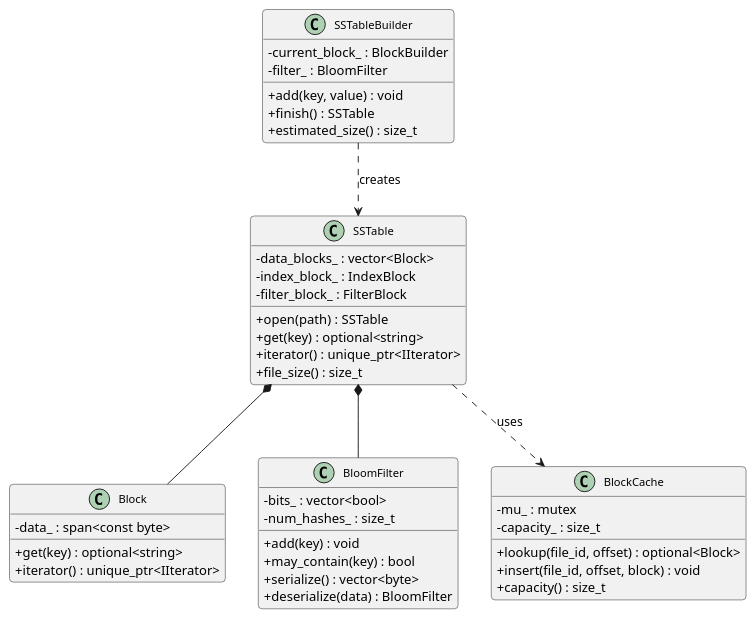
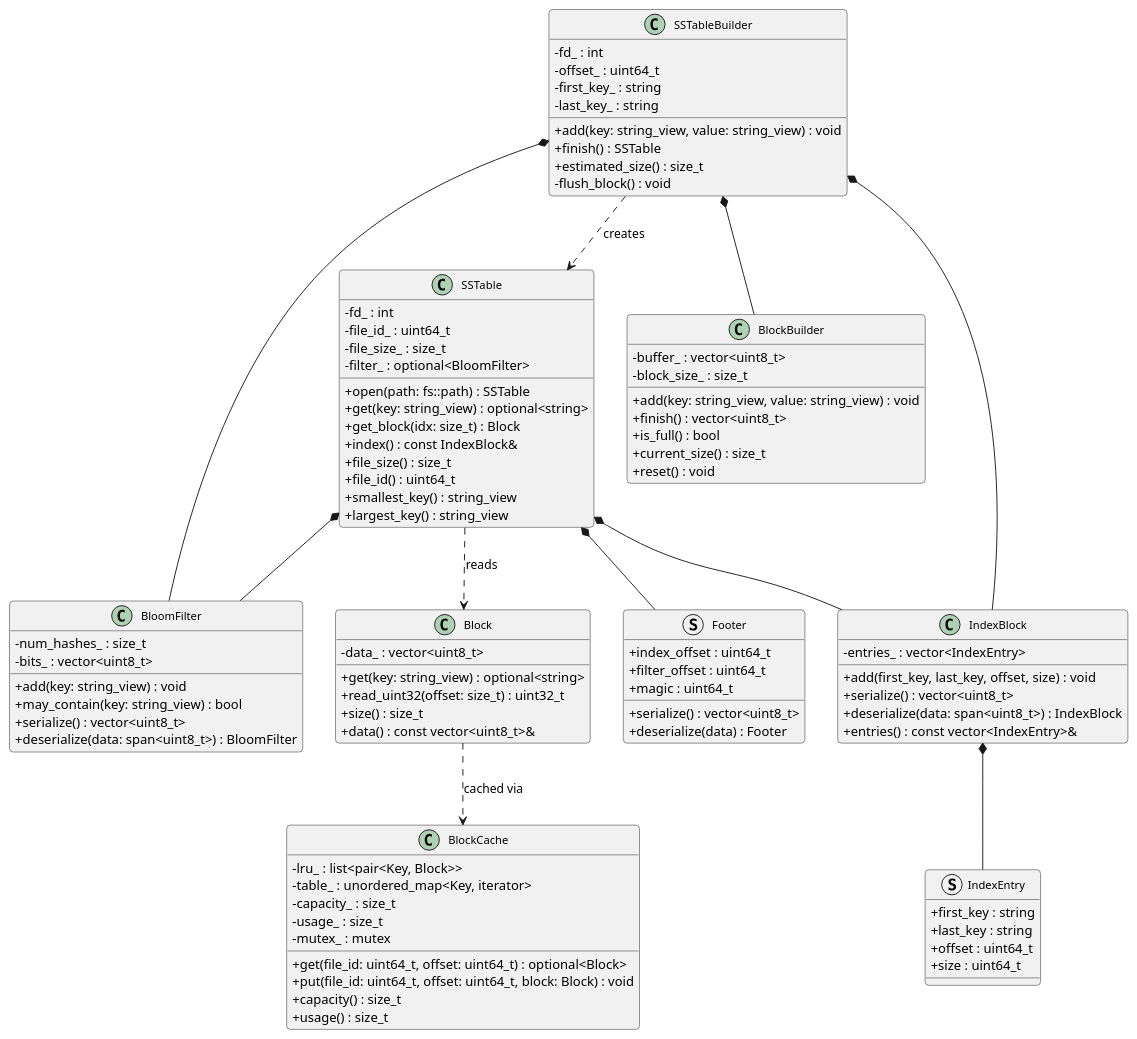
One commit to IulianBirladeanu07/lsm_tree changed the diagram in docs/lsm_02_sstable.puml. Above: the diagram before and after it, drawn with PlantUML. The commit also changed 3 other files, not shown here.

Commit message:
updated plantumls + the sw system arch + detail design

```diff
--- a/docs/lsm_02_sstable.puml
+++ b/docs/lsm_02_sstable.puml
@@ -1,53 +1,106 @@
 @startuml lsm_02_sstable
 skinparam classAttributeIconSize 0
 skinparam classFontSize 12
 skinparam roundCorner 8
 skinparam shadowing false
 
 class SSTable {
-  + open(path) : SSTable
-  + get(key) : optional<string>
-  + iterator() : unique_ptr<IIterator>
+  + open(path: fs::path) : SSTable
+  + get(key: string_view) : optional<string>
+  + get_block(idx: size_t) : Block
+  + index() : const IndexBlock&
   + file_size() : size_t
-  - data_blocks_ : vector<Block>
-  - index_block_ : IndexBlock
-  - filter_block_ : FilterBlock
+  + file_id() : uint64_t
+  + smallest_key() : string_view
+  + largest_key() : string_view
+  - fd_ : int
+  - file_id_ : uint64_t
+  - file_size_ : size_t
+  - filter_ : optional<BloomFilter>
 }
 
 class SSTableBuilder {
-  + add(key, value) : void
+  + add(key: string_view, value: string_view) : void
   + finish() : SSTable
   + estimated_size() : size_t
-  - current_block_ : BlockBuilder
-  - filter_ : BloomFilter
+  - flush_block() : void
+  - fd_ : int
+  - offset_ : uint64_t
+  - first_key_ : string
+  - last_key_ : string
 }
 
 class Block {
-  + get(key) : optional<string>
-  + iterator() : unique_ptr<IIterator>
-  - data_ : span<const byte>
+  + get(key: string_view) : optional<string>
+  + read_uint32(offset: size_t) : uint32_t
+  + size() : size_t
+  + data() : const vector<uint8_t>&
+  - data_ : vector<uint8_t>
+}
+
+class BlockBuilder {
+  + add(key: string_view, value: string_view) : void
+  + finish() : vector<uint8_t>
+  + is_full() : bool
+  + current_size() : size_t
+  + reset() : void
+  - buffer_ : vector<uint8_t>
+  - block_size_ : size_t
+}
+
+class IndexBlock {
+  + add(first_key, last_key, offset, size) : void
+  + serialize() : vector<uint8_t>
+  + deserialize(data: span<uint8_t>) : IndexBlock
+  + entries() : const vector<IndexEntry>&
+  - entries_ : vector<IndexEntry>
+}
+
+struct IndexEntry {
+  + first_key : string
+  + last_key : string
+  + offset : uint64_t
+  + size : uint64_t
+}
+
+struct Footer {
+  + index_offset : uint64_t
+  + filter_offset : uint64_t
+  + magic : uint64_t
+  + serialize() : vector<uint8_t>
+  + deserialize(data) : Footer
 }
 
 class BloomFilter {
-  + add(key) : void
-  + may_contain(key) : bool
-  + serialize() : vector<byte>
-  + deserialize(data) : BloomFilter
-  - bits_ : vector<bool>
+  + add(key: string_view) : void
+  + may_contain(key: string_view) : bool
+  + serialize() : vector<uint8_t>
+  + deserialize(data: span<uint8_t>) : BloomFilter
   - num_hashes_ : size_t
+  - bits_ : vector<uint8_t>
 }
 
 class BlockCache {
-  + lookup(file_id, offset) : optional<Block>
-  + insert(file_id, offset, block) : void
+  + get(file_id: uint64_t, offset: uint64_t) : optional<Block>
+  + put(file_id: uint64_t, offset: uint64_t, block: Block) : void
   + capacity() : size_t
-  - mu_ : mutex
+  + usage() : size_t
+  - lru_ : list<pair<Key, Block>>
+  - table_ : unordered_map<Key, iterator>
   - capacity_ : size_t
+  - usage_ : size_t
+  - mutex_ : mutex
 }
 
-SSTable *-- Block
+SSTable *-- IndexBlock
+SSTable *-- Footer
 SSTable *-- BloomFilter
-SSTable ..> BlockCache : uses
+SSTable ..> Block : reads
 SSTableBuilder ..> SSTable : creates
+SSTableBuilder *-- BlockBuilder
+SSTableBuilder *-- IndexBlock
+SSTableBuilder *-- BloomFilter
+IndexBlock *-- IndexEntry
+Block ..> BlockCache : cached via
 
 @enduml
```
